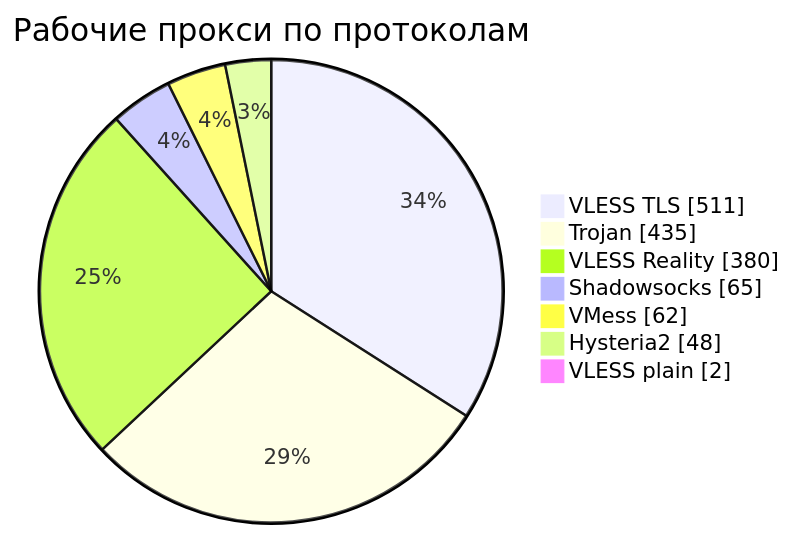
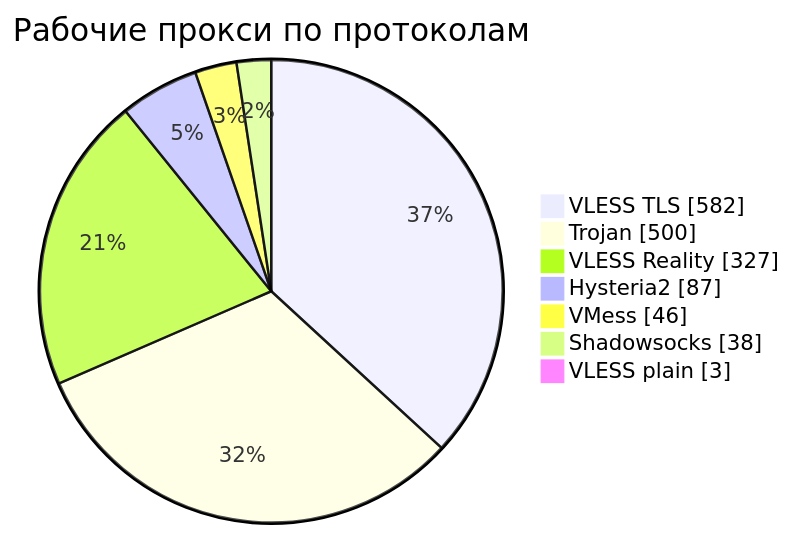
One commit to rvvg/proxy-subs changed the third of 4 diagrams in README.md. Above: the diagram before and after it, drawn with Mermaid. The commit also changed other lines of this file and 54 other files, not shown here.

````diff
--- a/README.md
+++ b/README.md
@@ -143,11 +138,11 @@
 ```mermaid
 pie showData
     title Рабочие прокси по протоколам
-    "VLESS TLS" : 511
-    "Trojan" : 435
-    "VLESS Reality" : 380
-    "Shadowsocks" : 65
-    "VMess" : 62
-    "Hysteria2" : 48
-    "VLESS plain" : 2
+    "VLESS TLS" : 582
+    "Trojan" : 500
+    "VLESS Reality" : 327
+    "Hysteria2" : 87
+    "VMess" : 46
+    "Shadowsocks" : 38
+    "VLESS plain" : 3
 ```
````
